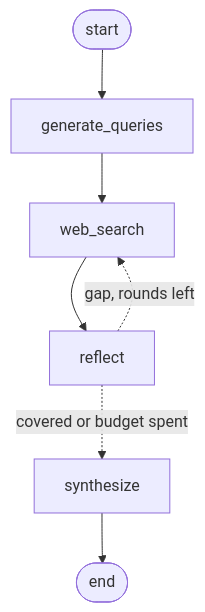
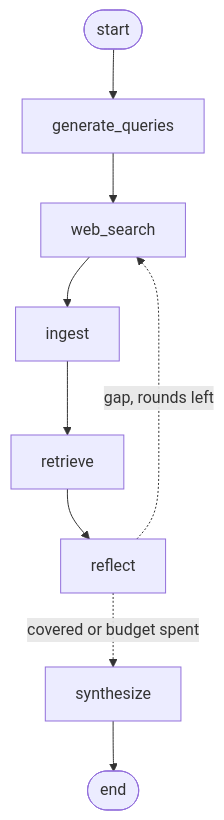
Before and after one commit to BillVu05/llm-research-agent: the diagram in README.md, drawn with Mermaid. The commit also changed other lines of this file and 23 other files, not shown here.

````diff
--- a/README.md
+++ b/README.md
@@ -37,9 +41,11 @@
 ```mermaid
 graph TD;
     start([start]) --> generate_queries
     generate_queries --> web_search
-    web_search --> reflect
+    web_search --> ingest
+    ingest --> retrieve
+    retrieve --> reflect
     reflect -. gap, rounds left .-> web_search
     reflect -. covered or budget spent .-> synthesize
     synthesize --> done([end])
 ```
````
